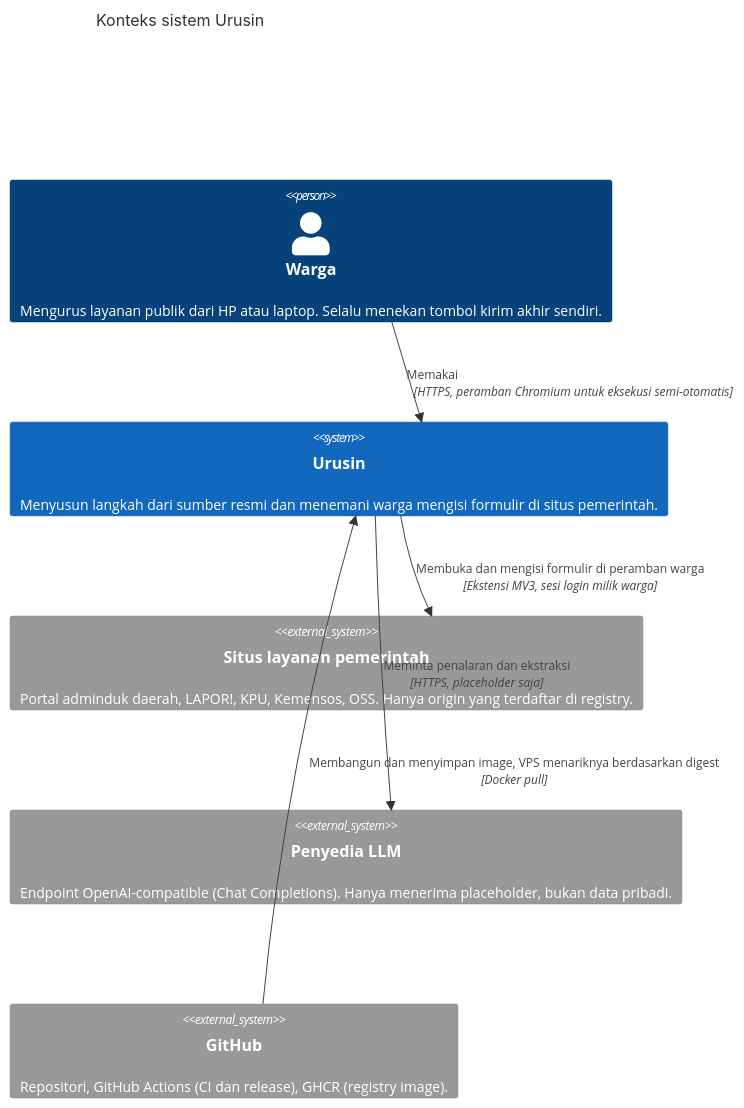
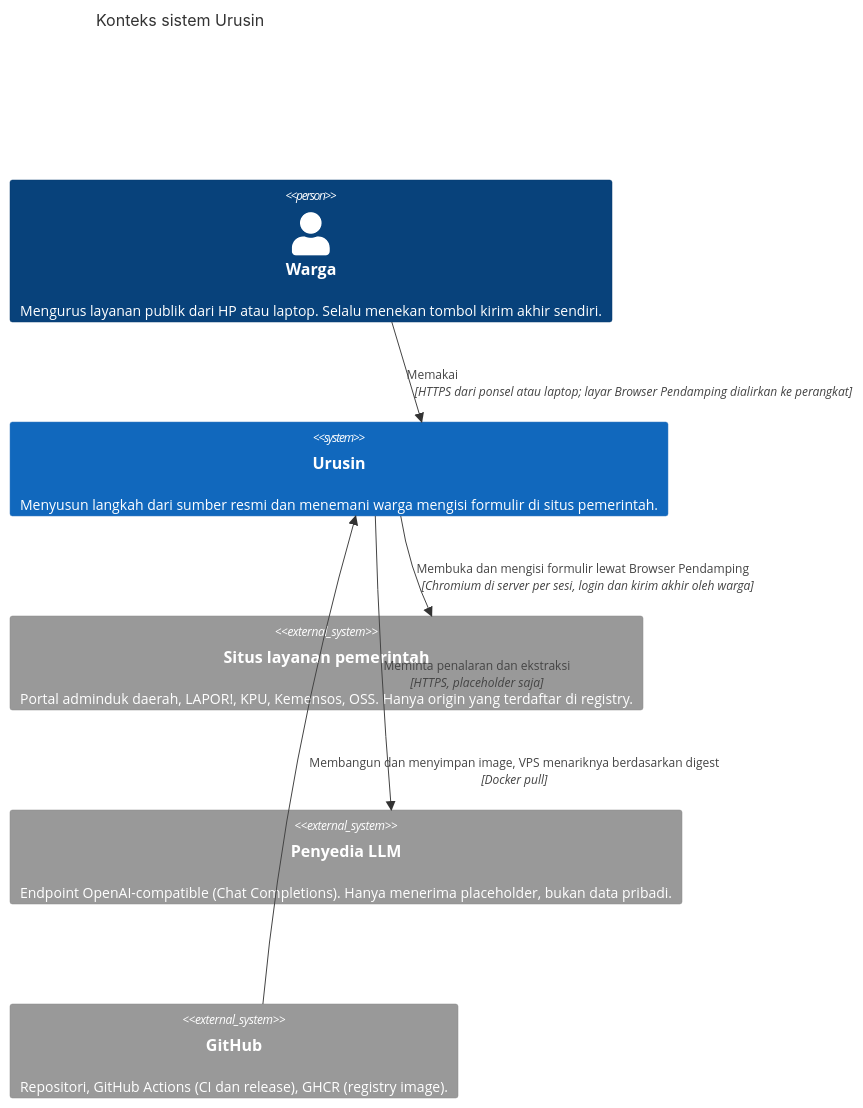
The first of 3 diagrams in docs/arsitektur.md (bynguts/urusin), drawn with Mermaid before and after one commit. The commit also changed other lines of this file and 59 other files, not shown here.

First line of the commit message:
chore: remove chrome extension (replaced by browser pendamping)

````diff
--- a/docs/arsitektur.md
+++ b/docs/arsitektur.md
@@ -12,17 +12,17 @@
 ```mermaid
 C4Context
   title Konteks sistem Urusin
 
   Person(warga, "Warga", "Mengurus layanan publik dari HP atau laptop. Selalu menekan tombol kirim akhir sendiri.")
 
   System(urusin, "Urusin", "Menyusun langkah dari sumber resmi dan menemani warga mengisi formulir di situs pemerintah.")
 
   System_Ext(gov, "Situs layanan pemerintah", "Portal adminduk daerah, LAPOR!, KPU, Kemensos, OSS. Hanya origin yang terdaftar di registry.")
   System_Ext(llm, "Penyedia LLM", "Endpoint OpenAI-compatible (Chat Completions). Hanya menerima placeholder, bukan data pribadi.")
   System_Ext(gh, "GitHub", "Repositori, GitHub Actions (CI dan release), GHCR (registry image).")
 
-  Rel(warga, urusin, "Memakai", "HTTPS, peramban Chromium untuk eksekusi semi-otomatis")
-  Rel(urusin, gov, "Membuka dan mengisi formulir di peramban warga", "Ekstensi MV3, sesi login milik warga")
+  Rel(warga, urusin, "Memakai", "HTTPS dari ponsel atau laptop; layar Browser Pendamping dialirkan ke perangkat")
+  Rel(urusin, gov, "Membuka dan mengisi formulir lewat Browser Pendamping", "Chromium di server per sesi, login dan kirim akhir oleh warga")
   Rel(urusin, llm, "Meminta penalaran dan ekstraksi", "HTTPS, placeholder saja")
   Rel(gh, urusin, "Membangun dan menyimpan image, VPS menariknya berdasarkan digest", "Docker pull")
 ```
````
